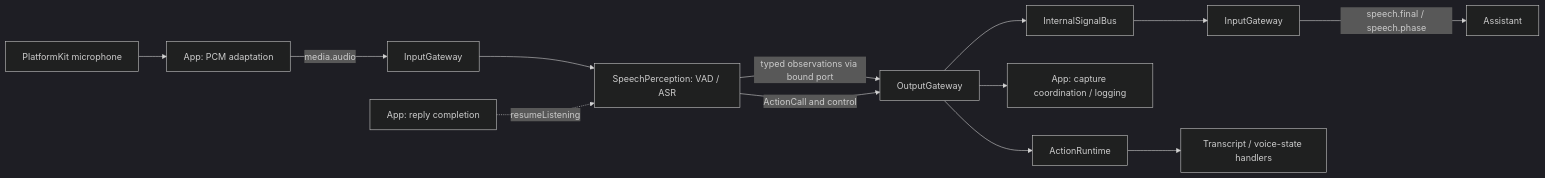
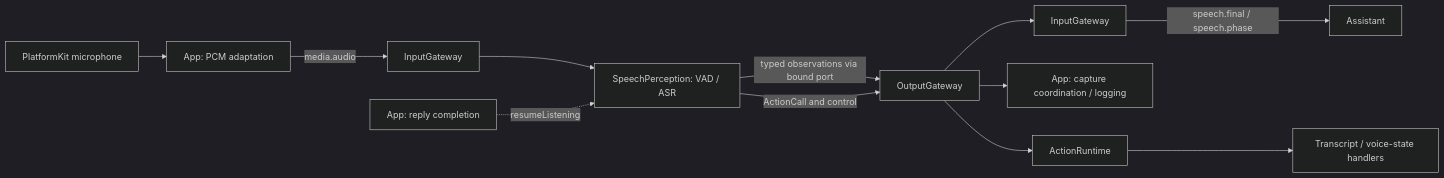
One commit to devilyouwei/MobileHarness changed the second of 2 diagrams in MobileHarness/Agents/SpeechPerception/README.md. Above: the diagram before and after it, drawn with Mermaid (dark theme). The commit also changed other lines of this file and 40 other files, not shown here.

Commit message:
refactor: replace signal bus with direct gateway admission

````diff
--- a/MobileHarness/Agents/SpeechPerception/README.md
+++ b/MobileHarness/Agents/SpeechPerception/README.md
@@ -57,15 +57,14 @@
 ```mermaid
 flowchart LR
     Mic[PlatformKit microphone] --> Adapt[App: PCM adaptation]
     Adapt -->|media.audio| IG[InputGateway]
     IG --> S[SpeechPerception: VAD / ASR]
     S -->|typed observations via bound port| OG[OutputGateway]
-    OG --> Bus[InternalSignalBus]
-    Bus --> IG2[InputGateway]
+    OG --> IG2[InputGateway]
     IG2 -->|speech.final / speech.phase| Assistant
     OG --> Observer[App: capture coordination / logging]
     S -->|ActionCall and control| OG
     OG --> AR[ActionRuntime]
     AR --> UI[Transcript / voice-state handlers]
     App[App: reply completion] -.->|resumeListening| S
 ```
````
